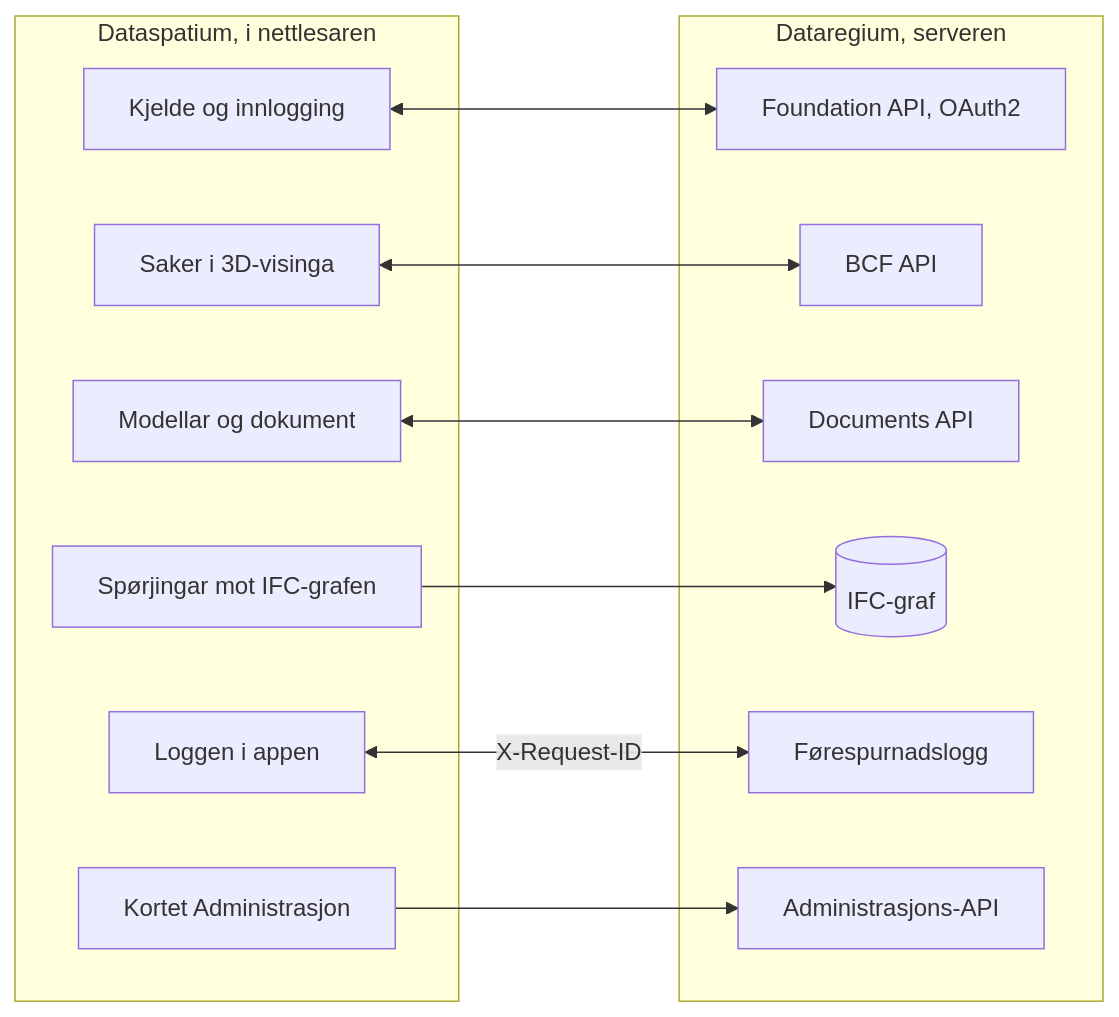
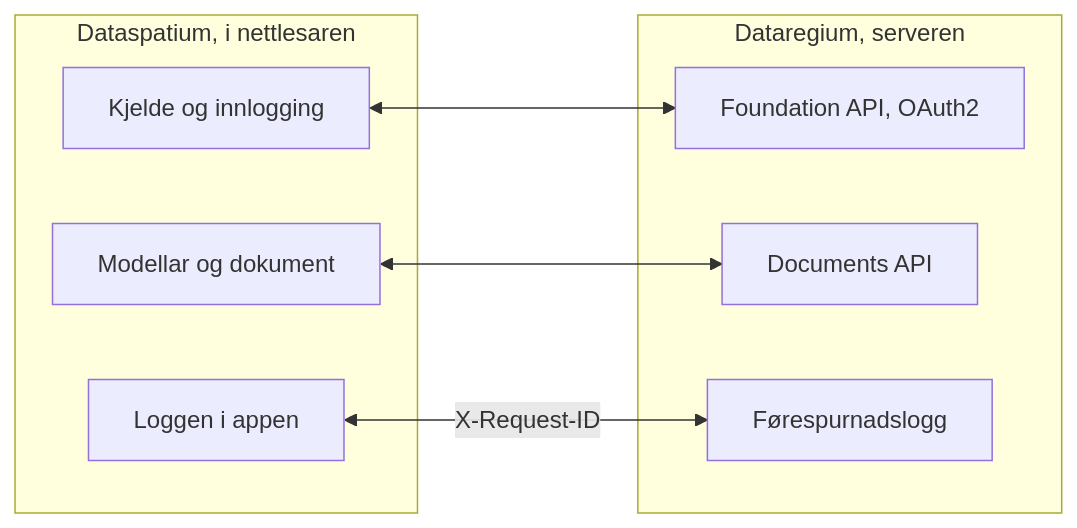
Before and after one commit to marwiss/Kontroll: the diagram in docs/nn/README.md, drawn with Mermaid. The commit also changed other lines of this file and 6 other files, not shown here.

````diff
--- a/docs/nn/README.md
+++ b/docs/nn/README.md
@@ -333,25 +317,16 @@
 ```mermaid
 flowchart LR
     subgraph app ["Dataspatium, i nettlesaren"]
         source["Kjelde og innlogging"]
-        issues["Saker i 3D-visinga"]
         files["Modellar og dokument"]
-        queries["Spørjingar mot IFC-grafen"]
         log["Loggen i appen"]
-        admin["Kortet Administrasjon"]
     end
     subgraph server ["Dataregium, serveren"]
         foundation["Foundation API, OAuth2"]
-        bcf["BCF API"]
         documents["Documents API"]
-        ifcgraph[("IFC-graf")]
         requests["Førespurnadslogg"]
-        adminapi["Administrasjons-API"]
     end
     source <--> foundation
-    issues <--> bcf
     files <--> documents
-    queries --> ifcgraph
     log <-- "X-Request-ID" --> requests
-    admin --> adminapi
 ```
````
